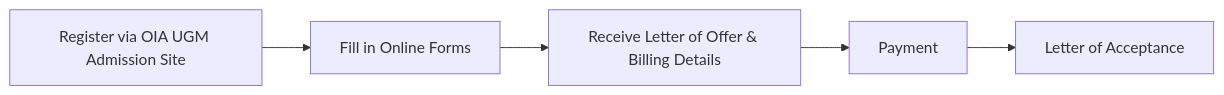
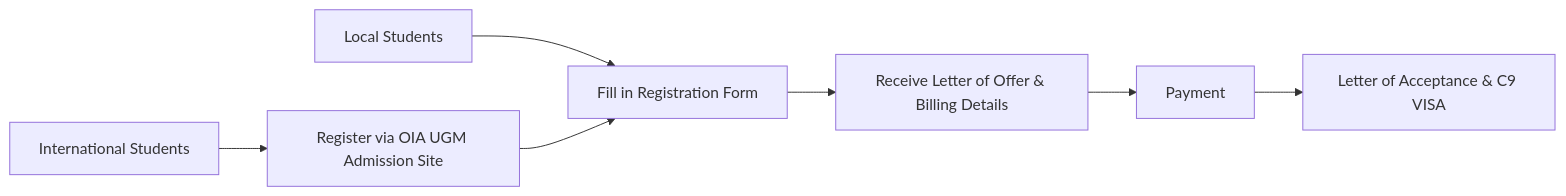
One commit to iscbiotrop/2026 changed the diagram in register.qmd. Above: the diagram before and after it, drawn with Mermaid. The commit also changed other lines of this file and 2 other files, not shown here.

Commit message:
fix: correct registration and pricing

````diff
--- a/register.qmd
+++ b/register.qmd
@@ -58,7 +63,9 @@
 ```{mermaid}
 graph LR
-    A["Register via OIA UGM Admission Site"] --> B["Fill in Online Forms"]
+    I["International Students"]  --> A["Register via OIA UGM Admission Site"]
+    L["Local Students"] --> B["Fill in Registration Form"]
+    A --> B
     B --> C["Receive Letter of Offer & Billing Details"]
     C --> D["Payment"]
-    D --> E["Letter of Acceptance"]
+    D --> E["Letter of Acceptance & C9 VISA"]
 ```
````
